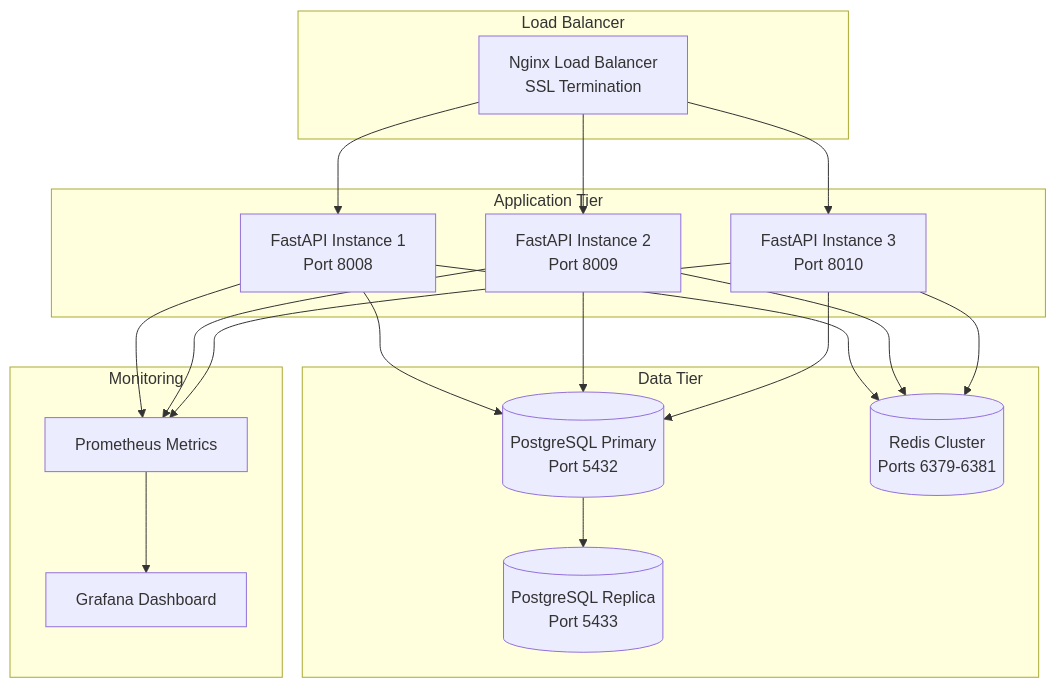
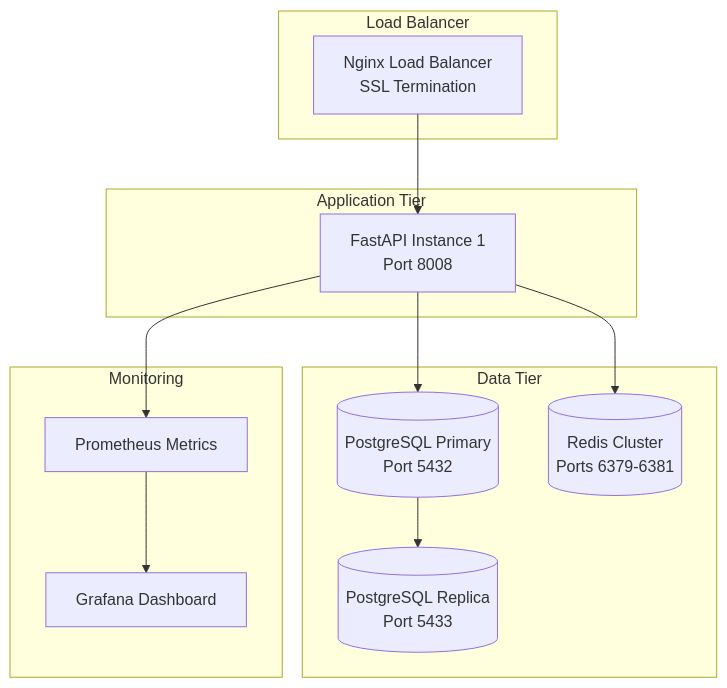
One commit to AISE-TUDelft/code4me2-server changed the third of 7 diagrams in README.md. Above: the diagram before and after it, drawn with Mermaid. The commit also changed other lines of this file, not shown here.

````diff
--- a/README.md
+++ b/README.md
@@ -178,42 +176,33 @@
 ```mermaid
 graph TB
     subgraph "Load Balancer"
         LB[Nginx Load Balancer<br/>SSL Termination]
     end
     
     subgraph "Application Tier"
         APP1[FastAPI Instance 1<br/>Port 8008]
-        APP2[FastAPI Instance 2<br/>Port 8009]
-        APP3[FastAPI Instance 3<br/>Port 8010]
     end
     
     subgraph "Data Tier"
         DB[(PostgreSQL Primary<br/>Port 5432)]
         DB_REPLICA[(PostgreSQL Replica<br/>Port 5433)]
         REDIS[(Redis Cluster<br/>Ports 6379-6381)]
     end
     
     subgraph "Monitoring"
         GRAFANA[Grafana Dashboard]
         PROMETHEUS[Prometheus Metrics]
     end
     
     LB --> APP1
-    LB --> APP2
-    LB --> APP3
     
     APP1 --> DB
-    APP2 --> DB
-    APP3 --> DB
     
     APP1 --> REDIS
-    APP2 --> REDIS
-    APP3 --> REDIS
     
     DB --> DB_REPLICA
     
     APP1 --> PROMETHEUS
-    APP2 --> PROMETHEUS
-    APP3 --> PROMETHEUS
+    
     PROMETHEUS --> GRAFANA
 ```
````
